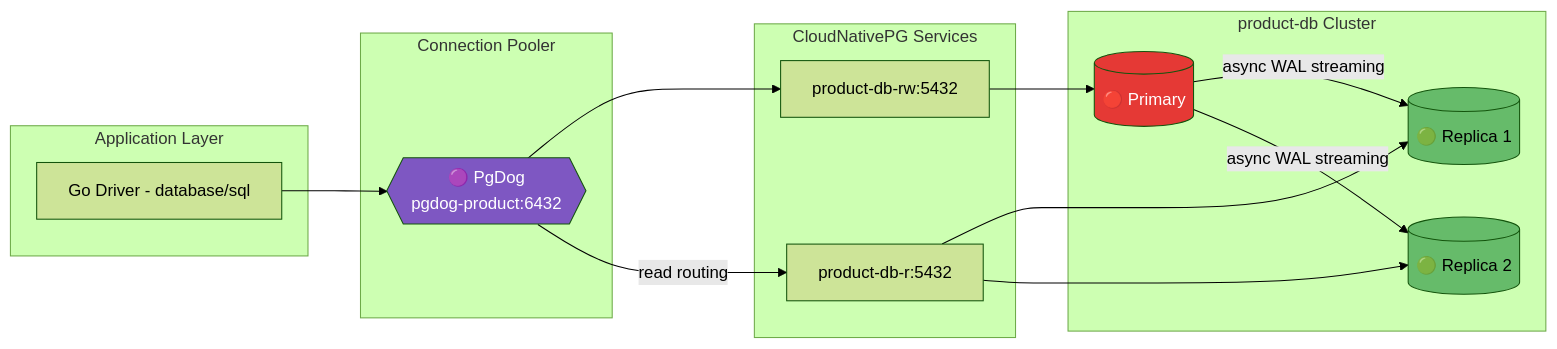
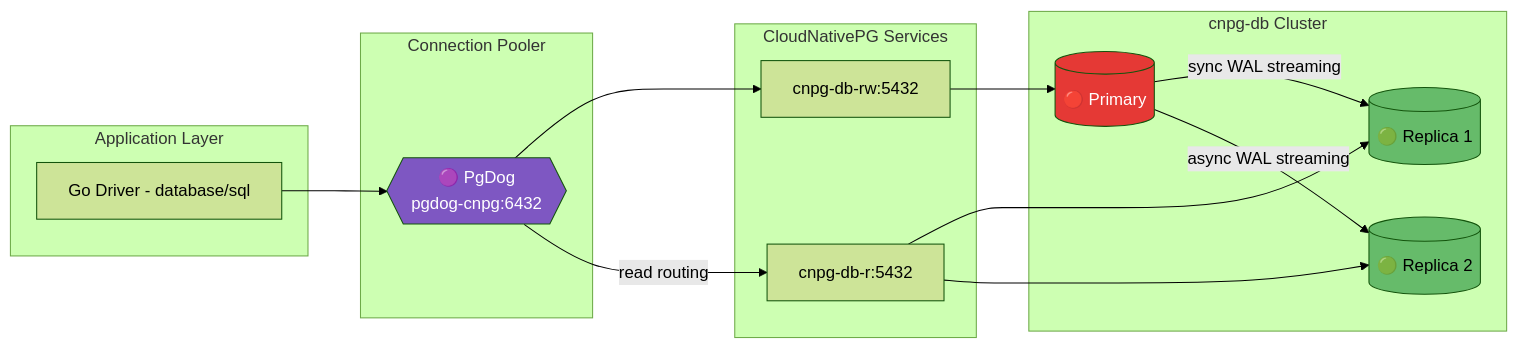
One commit to duynhlab/homelab changed the diagram in kubernetes/infra/configs/databases/clusters/README.md. Above: the diagram before and after it, drawn with Mermaid (forest theme). The commit also changed other lines of this file and 110 other files, not shown here.

````diff
--- a/kubernetes/infra/configs/databases/clusters/README.md
+++ b/kubernetes/infra/configs/databases/clusters/README.md
@@ -54,35 +58,35 @@
 ```mermaid
 flowchart LR
     subgraph App["Application Layer"]
         Driver["Go Driver - database/sql"]
     end
 
     subgraph Pooler["Connection Pooler"]
-        PgDog{{"🟣 PgDog<br/>pgdog-product:6432"}}
+        PgDog{{"🟣 PgDog<br/>pgdog-cnpg:6432"}}
     end
 
     subgraph CNPG["CloudNativePG Services"]
-        RW["product-db-rw:5432"]
-        R["product-db-r:5432"]
+        RW["cnpg-db-rw:5432"]
+        R["cnpg-db-r:5432"]
     end
 
-    subgraph Cluster["product-db Cluster"]
+    subgraph Cluster["cnpg-db Cluster"]
         Primary[("🔴 Primary")]
         Replica1[("🟢 Replica 1")]
         Replica2[("🟢 Replica 2")]
     end
 
     Driver --> PgDog
     PgDog --> RW
     PgDog -->|"read routing"| R
     RW --> Primary
     R --> Replica1
     R --> Replica2
-    Primary -->|"async WAL streaming"| Replica1
+    Primary -->|"sync WAL streaming"| Replica1
     Primary -->|"async WAL streaming"| Replica2
     
     style Primary fill:#E53935,color:#fff
     style Replica1 fill:#66BB6A
     style Replica2 fill:#66BB6A
     style PgDog fill:#7E57C2,color:#fff
 ```
````
